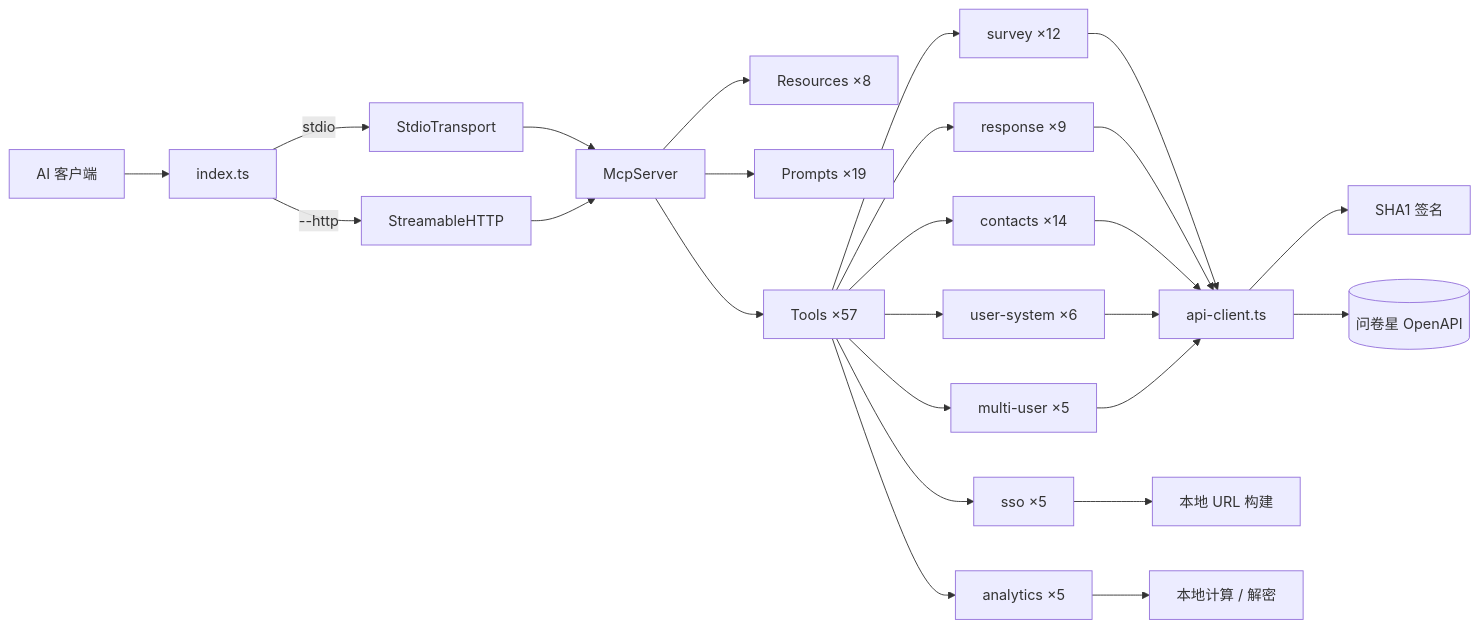
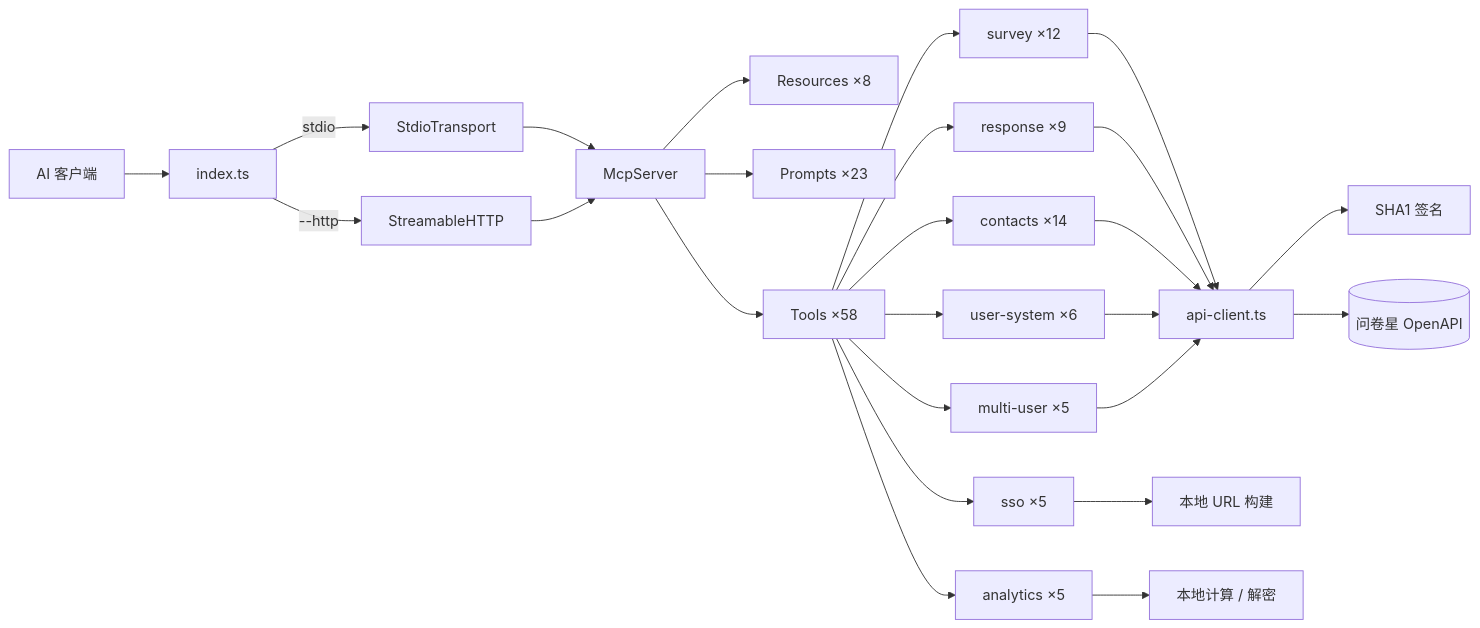
The diagram in wjx-mcp-server/README.md (wjxcom/wjx-ai-kit), drawn with Mermaid before and after one commit. The commit also changed other lines of this file and 78 other files, not shown here.

````diff
--- a/wjx-mcp-server/README.md
+++ b/wjx-mcp-server/README.md
@@ -52,28 +52,28 @@
 ```mermaid
 flowchart LR
     Client[AI 客户端] --> Entry[index.ts]
     Entry --> |stdio| STDIO[StdioTransport]
     Entry --> |--http| HTTP[StreamableHTTP]
 
     STDIO --> Server[McpServer]
     HTTP --> Server
 
     Server --> R[Resources ×8]
-    Server --> P[Prompts ×19]
-    Server --> Tools[Tools ×57]
+    Server --> P[Prompts ×23]
+    Server --> Tools[Tools ×58]
 
     Tools --> S1[survey ×12]
     Tools --> S2[response ×9]
     Tools --> S3[contacts ×14]
     Tools --> S4[sso ×5]
     Tools --> S5[user-system ×6]
     Tools --> S6[multi-user ×5]
     Tools --> S7[analytics ×5]
 
     S1 & S2 & S3 & S5 & S6 --> API[api-client.ts]
     API --> Sign[SHA1 签名]
     API --> WJX[(问卷星 OpenAPI)]
 
     S4 --> URL[本地 URL 构建]
     S7 --> Calc[本地计算 / 解密]
 ```
````
